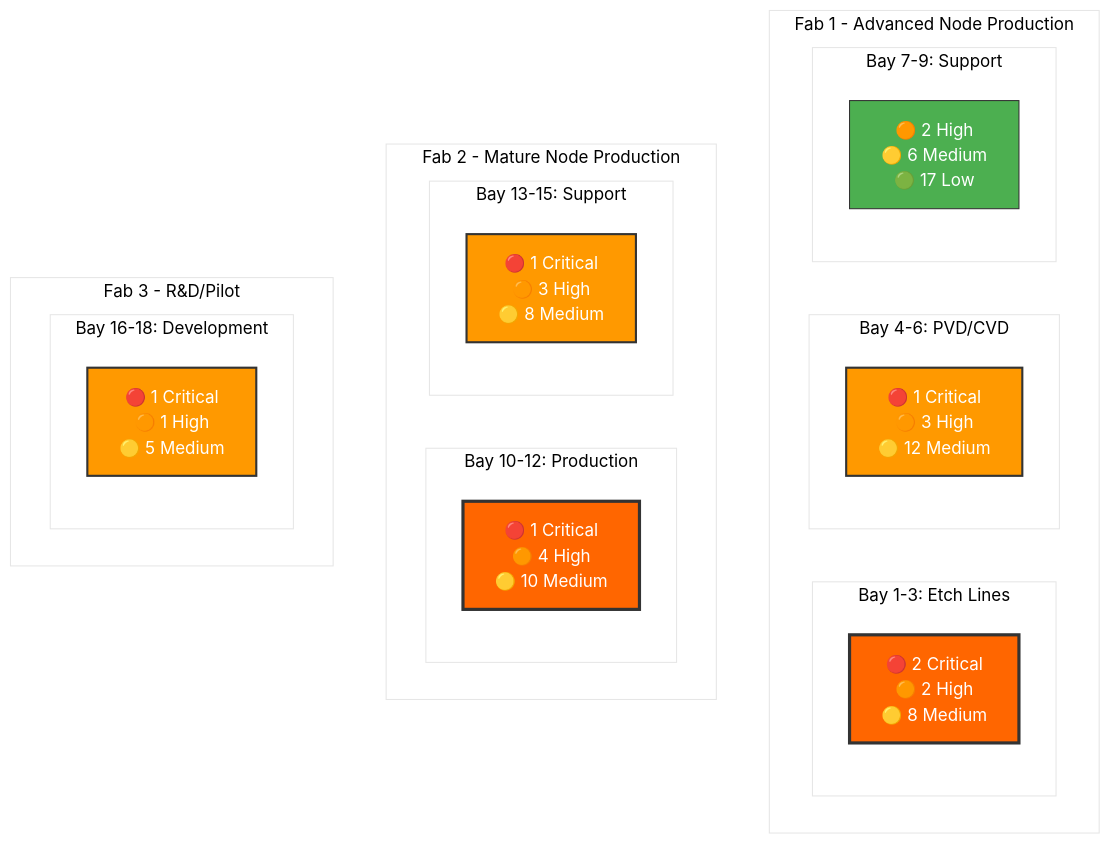
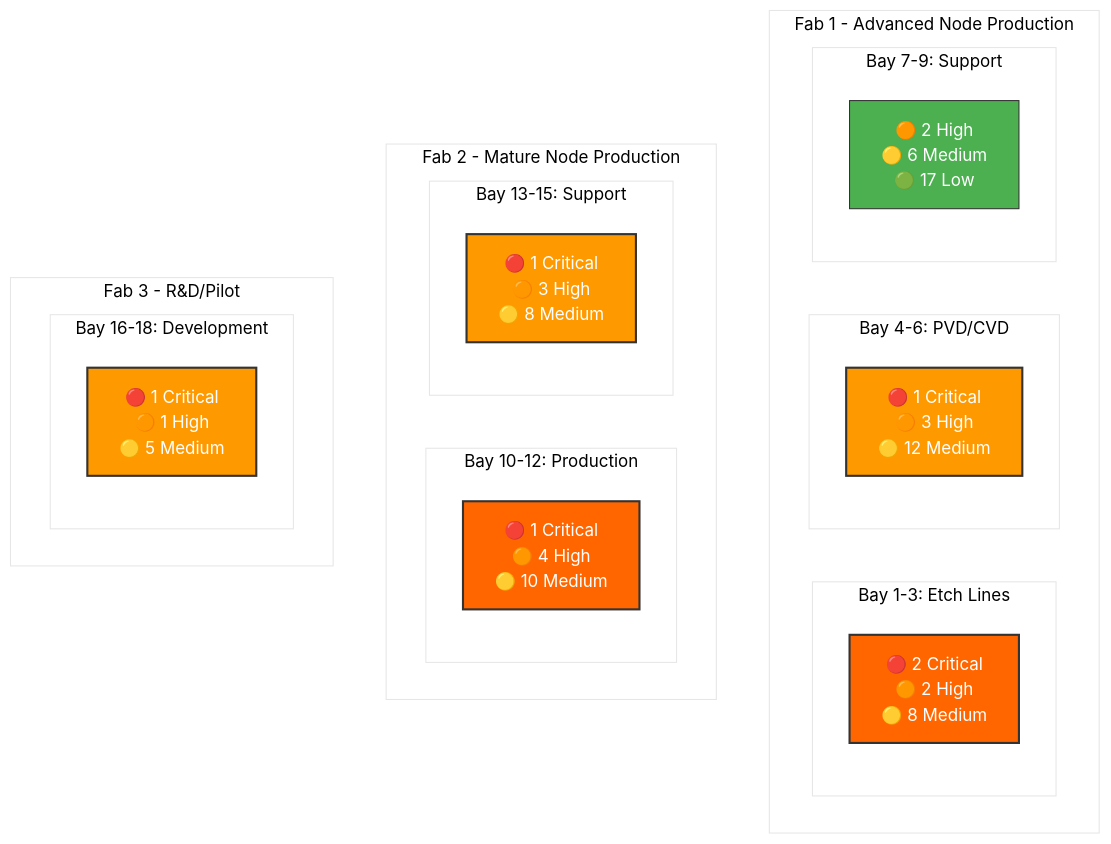
One commit to StephanieHepp/Risk-Assessment changed the third of 10 diagrams in scaled_vacuum_report_200.md. Above: the diagram before and after it, drawn with Mermaid.

````diff
--- a/scaled_vacuum_report_200.md
+++ b/scaled_vacuum_report_200.md
@@ -40,39 +40,39 @@
 ```mermaid
 %%{init: {'theme':'base', 'themeVariables': {'primaryColor':'#fff', 'secondaryColor':'#000'}}}%%
 graph TB
     subgraph "Fab 1 - Advanced Node Production"
         subgraph "Bay 1-3: Etch Lines" 
             F1B1["🔴 2 Critical<br/>🟠 2 High<br/>🟡 8 Medium"]
         end
         subgraph "Bay 4-6: PVD/CVD"
             F1B2["🔴 1 Critical<br/>🟠 3 High<br/>🟡 12 Medium"]
         end
         subgraph "Bay 7-9: Support" 
             F1B3["🟠 2 High<br/>🟡 6 Medium<br/>🟢 17 Low"]
         end
     end
     
     subgraph "Fab 2 - Mature Node Production"
         subgraph "Bay 10-12: Production"
             F2B1["🔴 1 Critical<br/>🟠 4 High<br/>🟡 10 Medium"]
         end
         subgraph "Bay 13-15: Support"
             F2B2["🔴 1 Critical<br/>🟠 3 High<br/>🟡 8 Medium"]
         end
     end
     
     subgraph "Fab 3 - R&D/Pilot"
         subgraph "Bay 16-18: Development"
             F3B1["🔴 1 Critical<br/>🟠 1 High<br/>🟡 5 Medium"]
         end
     end
     
-    classDef critical fill:#ff6600,stroke:#333,stroke-width:3px,color:#fff
+    classDef critical fill:#ff6600,stroke:#333,stroke-width:2px,color:#fff
     classDef high fill:#ff9900,stroke:#333,stroke-width:2px,color:#fff
     classDef medium fill:#ffcc00,stroke:#333,stroke-width:2px,color:#000
     classDef lowrisk fill:#4CAF50,stroke:#333,stroke-width:1px,color:#fff
     
     class F1B1,F2B1 critical
     class F1B2,F2B2,F3B1 high
     class F1B3 lowrisk
 ```
````
